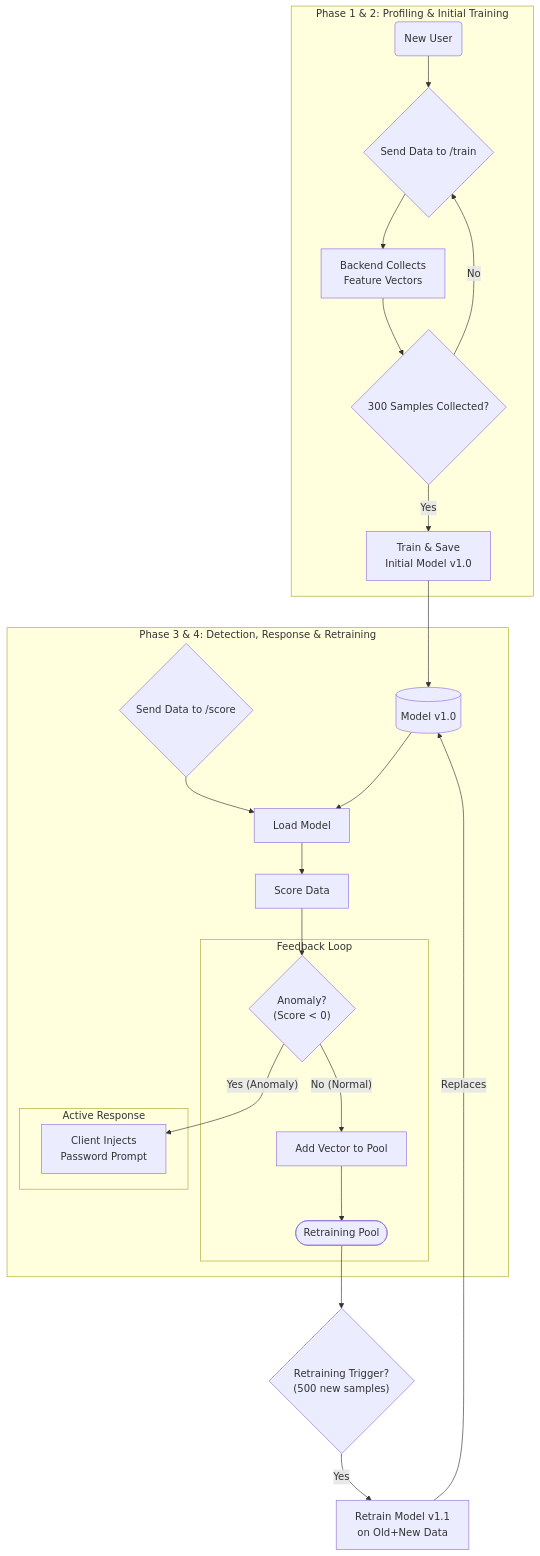
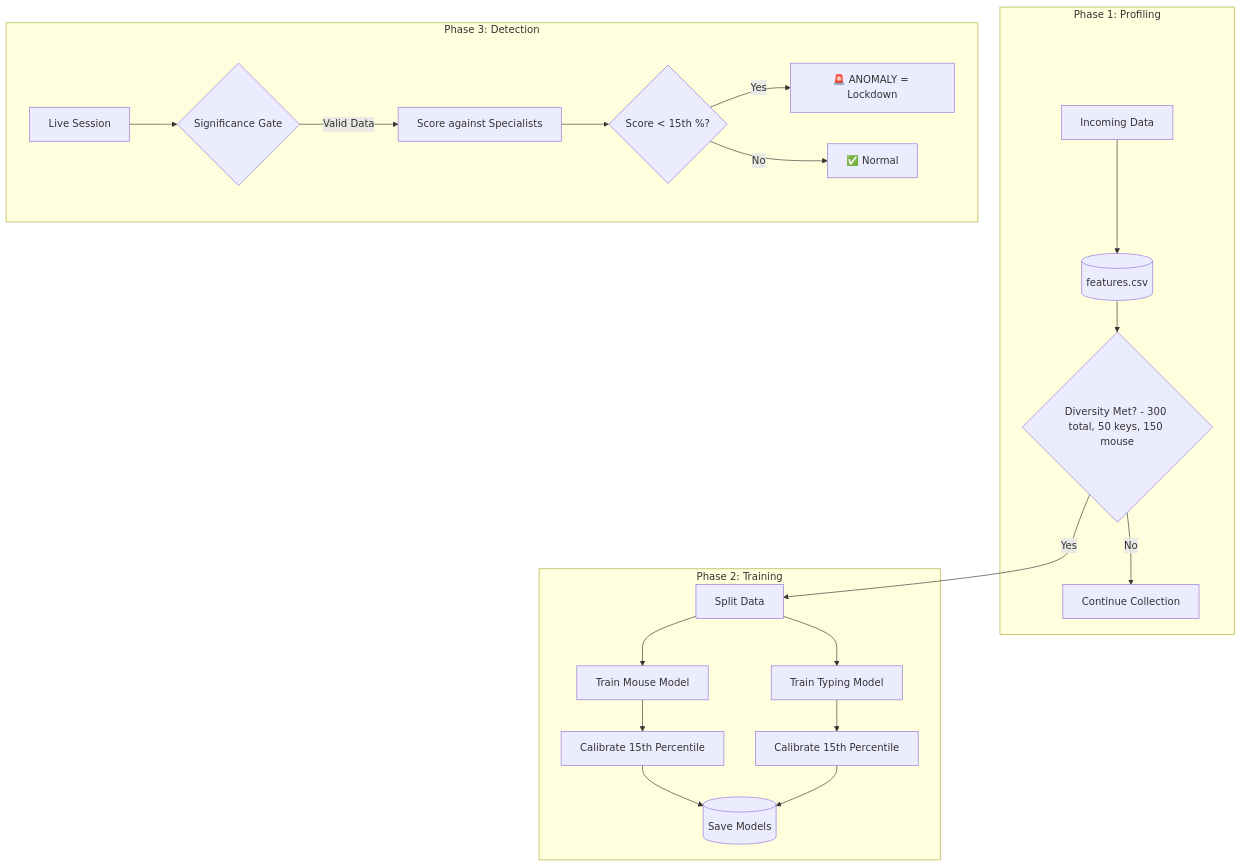
Before and after one commit to Sureinity/maxidom: the diagram in docs/08_ML_MODEL_LIFECYCLE.md, drawn with Mermaid. The commit also changed other lines of this file and 8 other files, not shown here.

````diff
--- a/docs/08_ML_MODEL_LIFECYCLE.md
+++ b/docs/08_ML_MODEL_LIFECYCLE.md
@@ -97,35 +87,25 @@
 ```mermaid
 graph TD
-    subgraph "Phase 1 & 2: Profiling & Initial Training"
-        A(New User) --> B{Send Data to /train};
-        B --> C[Backend Collects<br>Feature Vectors];
-        C --> D{300 Samples Collected?};
-        D -- "Yes" --> E[Train & Save<br>Initial Model v1.0];
-        D -- "No" --> B;
+    subgraph "Phase 1: Profiling"
+        Data[Incoming Data] --> CSV[(features.csv)]
+        CSV --> Check{Diversity Met? - 300 total, 50 keys, 150 mouse}
+        Check -- "No" --> Wait[Continue Collection]
     end
 
-    subgraph "Phase 3 & 4: Detection, Response & Retraining"
-        F[(Model v1.0)];
-        G{Send Data to /score} --> H[Load Model];
-        H --> I[Score Data];
-        I --> J{"Anomaly?<br>(Score < 0)"};
-        
-        subgraph "Feedback Loop"
-            K([Retraining Pool]);
-            J -- "No (Normal)" --> L[Add Vector to Pool];
-            L --> K;
-        end
-        
-        subgraph "Active Response"
-            J -- "Yes (Anomaly)" --> M[Client Injects<br>Password Prompt];
-        end
+    subgraph "Phase 2: Training"
+        Check -- "Yes" --> Split[Split Data]
+        Split --> TrainM[Train Mouse Model]
+        Split --> TrainK[Train Typing Model]
+        TrainM --> CalibM[Calibrate 15th Percentile]
+        TrainK --> CalibK[Calibrate 15th Percentile]
+        CalibM & CalibK --> Save[(Save Models)]
     end
-    
-    E --> F;
-    F --> H;
-    
-    T{"Retraining Trigger?<br>(500 new samples)"};
-    K --> T;
-    T -- "Yes" --> U[Retrain Model v1.1<br>on Old+New Data];
-    U -- "Replaces" --> F;
+
+    subgraph "Phase 3: Detection"
+        Live[Live Session] --> Gate{Significance Gate}
+        Gate -- "Valid Data" --> Score[Score against Specialists]
+        Score --> Threshold{Score < 15th %?}
+        Threshold -- "Yes" --> Alert[🚨 ANOMALY = Lockdown]
+        Threshold -- "No" --> Pass[✅ Normal]
+    end
 ```
````
